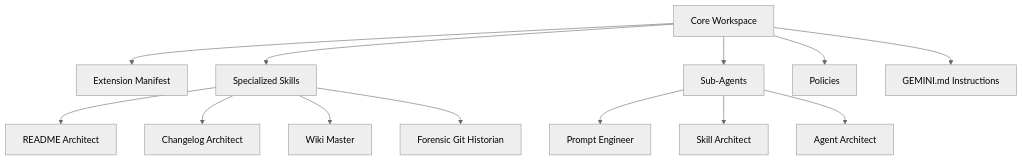
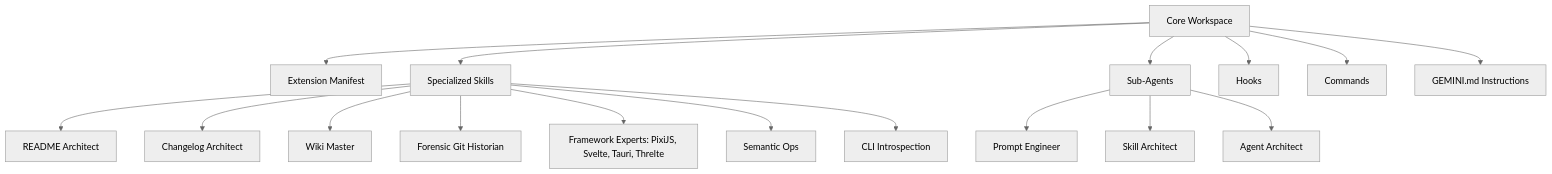
Before and after one commit to meyverick/gemini-blueprint: the diagram in wiki/Architecture.md, drawn with Mermaid (neutral theme). The commit also changed other lines of this file and 3 other files, not shown here.

````diff
--- a/wiki/Architecture.md
+++ b/wiki/Architecture.md
@@ -16,18 +16,22 @@
 ```mermaid
 graph TD
     A[Core Workspace] --> B[Extension Manifest]
     A --> C[Specialized Skills]
     A --> D[Sub-Agents]
     
-    A --> P[Policies]
+    A --> H[Hooks]
+    A --> M[Commands]
     A --> G[GEMINI.md Instructions]
     
     C --> C1[README Architect]
     C --> C2[Changelog Architect]
     C --> C3[Wiki Master]
     C --> C4[Forensic Git Historian]
+    C --> C5[Framework Experts: PixiJS, Svelte, Tauri, Threlte]
+    C --> C6[Semantic Ops]
+    C --> C7[CLI Introspection]
     
     D --> D1[Prompt Engineer]
     D --> D2[Skill Architect]
     D --> D3[Agent Architect]
 ```
````
